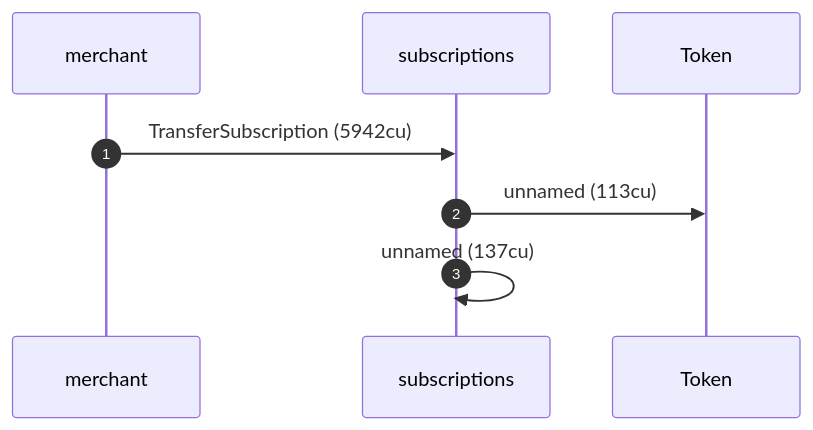
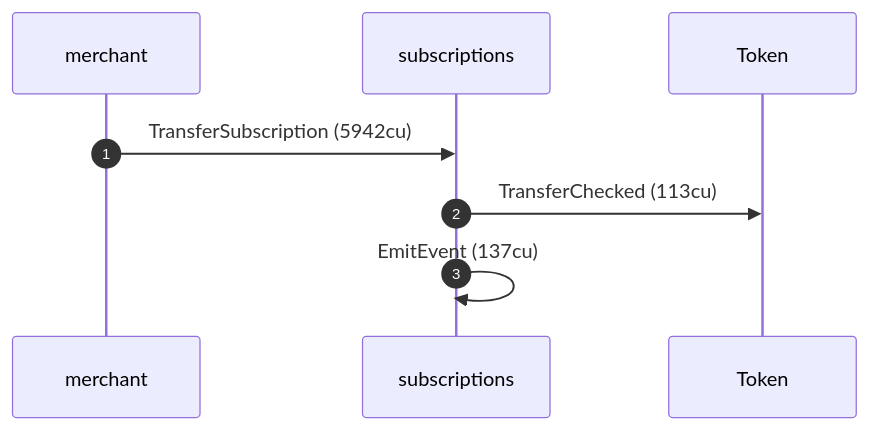
One commit to cds-rs/subscriptions changed the ninth of 12 diagrams in dsl_tests/transfer-subscription--a-sunset-plan-still-allows-pulls.md. Above: the diagram before and after it, drawn with Mermaid. The commit also changed other lines of this file and 219 other files, not shown here.

````diff
--- a/dsl_tests/transfer-subscription--a-sunset-plan-still-allows-pulls.md
+++ b/dsl_tests/transfer-subscription--a-sunset-plan-still-allows-pulls.md
@@ -176,10 +176,10 @@
 ```mermaid
 sequenceDiagram
     autonumber
     participant merchant
     participant subscriptions
     participant Token
     merchant ->> subscriptions: TransferSubscription (5942cu)
-    subscriptions ->> Token: unnamed (113cu)
-    subscriptions ->> subscriptions: unnamed (137cu)
+    subscriptions ->> Token: TransferChecked (113cu)
+    subscriptions ->> subscriptions: EmitEvent (137cu)
 ```
````
